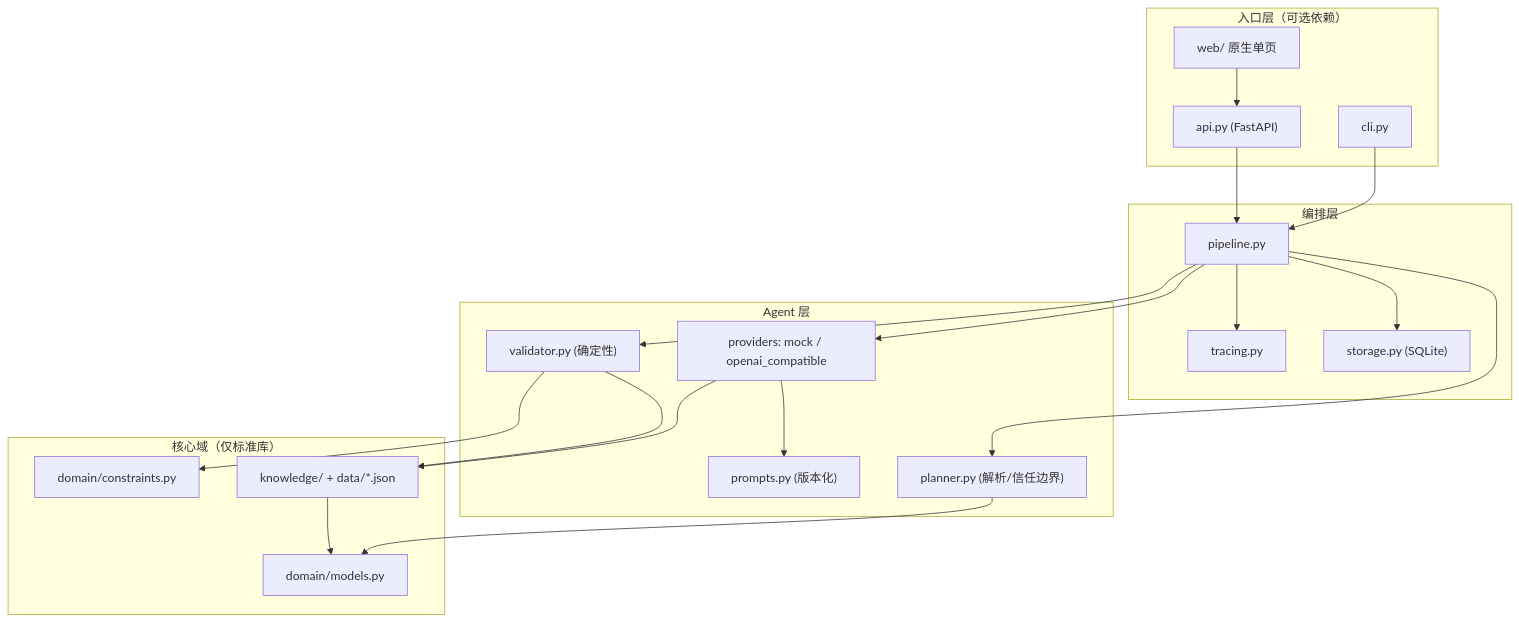
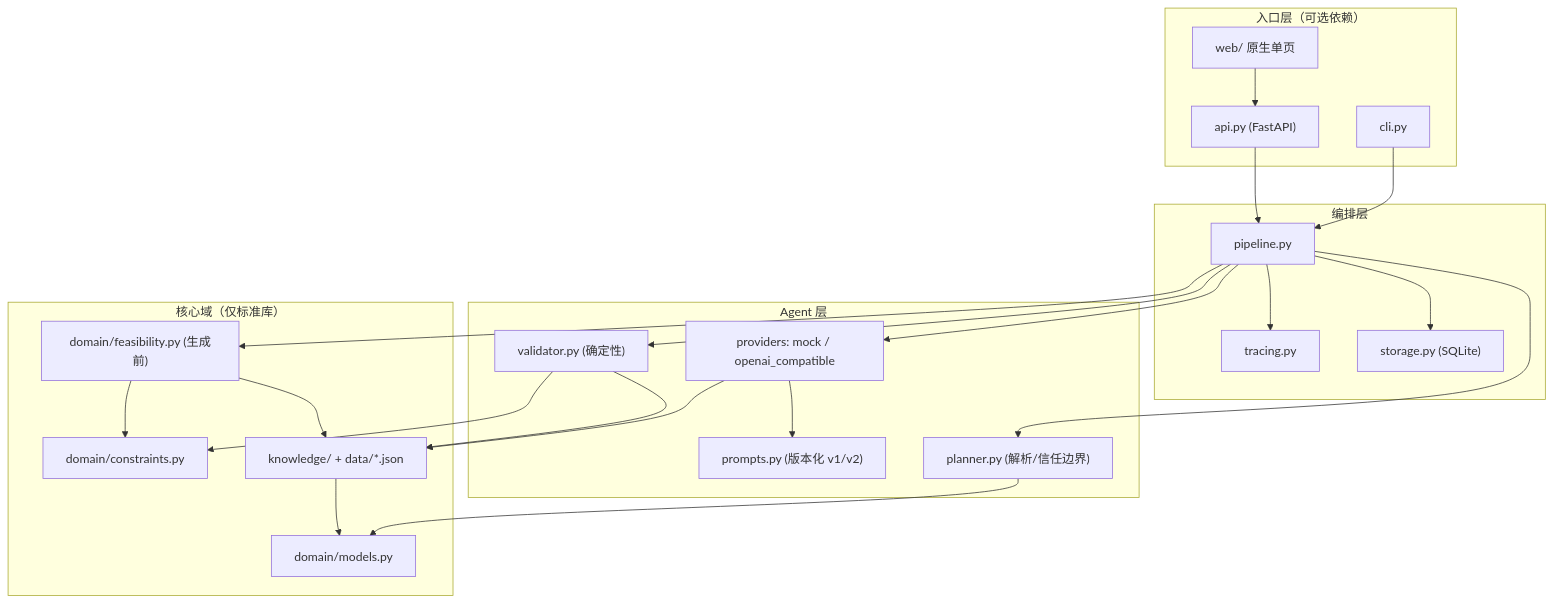
Before and after one commit to zhaozilong6666/shotplan: the diagram in docs/architecture.md, drawn with Mermaid. The commit also changed other lines of this file and 32 other files, not shown here.

First line of the commit message:
feat: preflight feasibility, 36-case eval suite, prompt-version framework

````diff
--- a/docs/architecture.md
+++ b/docs/architecture.md
@@ -12,38 +12,42 @@
 ```mermaid
 flowchart TB
     subgraph Entry["入口层（可选依赖）"]
         CLI["cli.py"]
         API["api.py (FastAPI)"]
         WEB["web/ 原生单页"]
     end
     subgraph Orchestration["编排层"]
         PIPE["pipeline.py"]
         TRACE["tracing.py"]
         STORE["storage.py (SQLite)"]
     end
     subgraph Agent["Agent 层"]
         PROV["providers: mock / openai_compatible"]
-        PROMPT["prompts.py (版本化)"]
+        PROMPT["prompts.py (版本化 v1/v2)"]
         PARSE["planner.py (解析/信任边界)"]
         VALID["validator.py (确定性)"]
     end
     subgraph Core["核心域（仅标准库）"]
         DOMAIN["domain/models.py"]
         RULES["domain/constraints.py"]
+        FEAS["domain/feasibility.py (生成前)"]
         KB["knowledge/ + data/*.json"]
     end
     CLI --> PIPE
     API --> PIPE
     WEB --> API
+    PIPE --> FEAS
     PIPE --> PROV
     PIPE --> PARSE
     PIPE --> VALID
     PIPE --> TRACE
     PIPE --> STORE
     PROV --> PROMPT
     PROV --> KB
     PARSE --> DOMAIN
     VALID --> RULES
     VALID --> KB
+    FEAS --> RULES
+    FEAS --> KB
     KB --> DOMAIN
 ```
````
